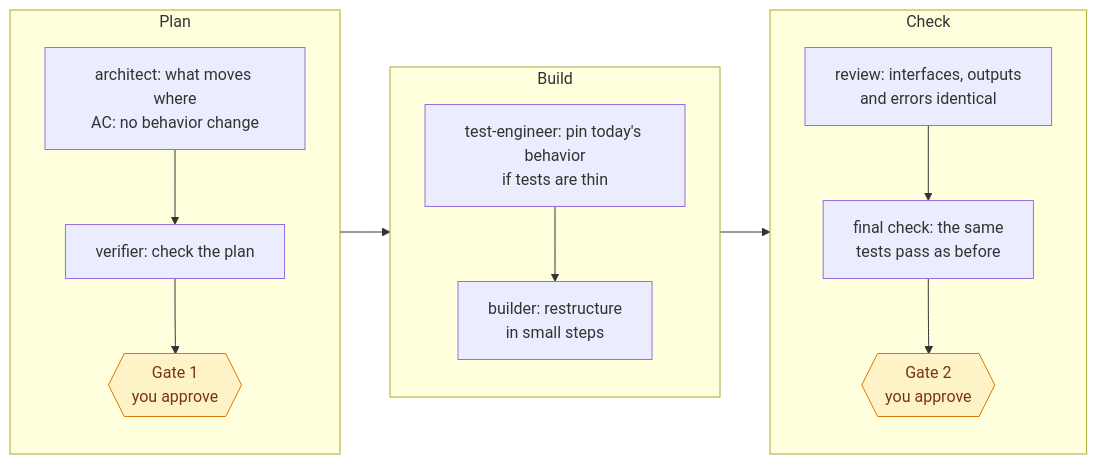
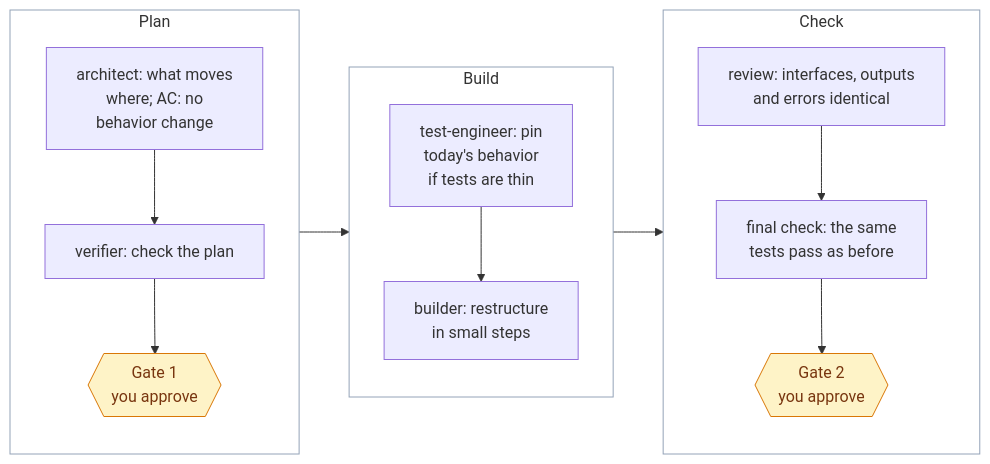
Before and after one commit to suryas91/claude-skills: the fourth of 6 diagrams in docs/flows.md, drawn with Mermaid. The commit also changed other lines of this file and 19 other files, not shown here.

First line of the commit message:
Docs review round 2: complete undo, accurate history, installer robustness, cleaner diagrams

````diff
--- a/docs/flows.md
+++ b/docs/flows.md
@@ -125,18 +129,21 @@
 ```mermaid
 flowchart LR
     subgraph P [Plan]
         direction TB
-        A[architect: what moves where<br/>AC: no behavior change] --> V1[verifier: check the plan] --> G1{{Gate 1<br/>you approve}}
+        A[architect: what moves<br/>where; AC: no<br/>behavior change] --> V1[verifier: check the plan] --> G1{{Gate 1<br/>you approve}}
     end
     subgraph B [Build]
         direction TB
-        CT[test-engineer: pin today's behavior<br/>if tests are thin] --> X[builder: restructure<br/>in small steps]
+        CT[test-engineer: pin<br/>today's behavior<br/>if tests are thin] --> X[builder: restructure<br/>in small steps]
     end
     subgraph K [Check]
         direction TB
         R[review: interfaces, outputs<br/>and errors identical] --> F[final check: the same<br/>tests pass as before] --> G2{{Gate 2<br/>you approve}}
     end
     P --> B --> K
+    style P fill:transparent,stroke:#94a3b8
+    style B fill:transparent,stroke:#94a3b8
+    style K fill:transparent,stroke:#94a3b8
     classDef gate fill:#fef3c7,stroke:#d97706,color:#78350f
     class G1,G2 gate
 ```
````
